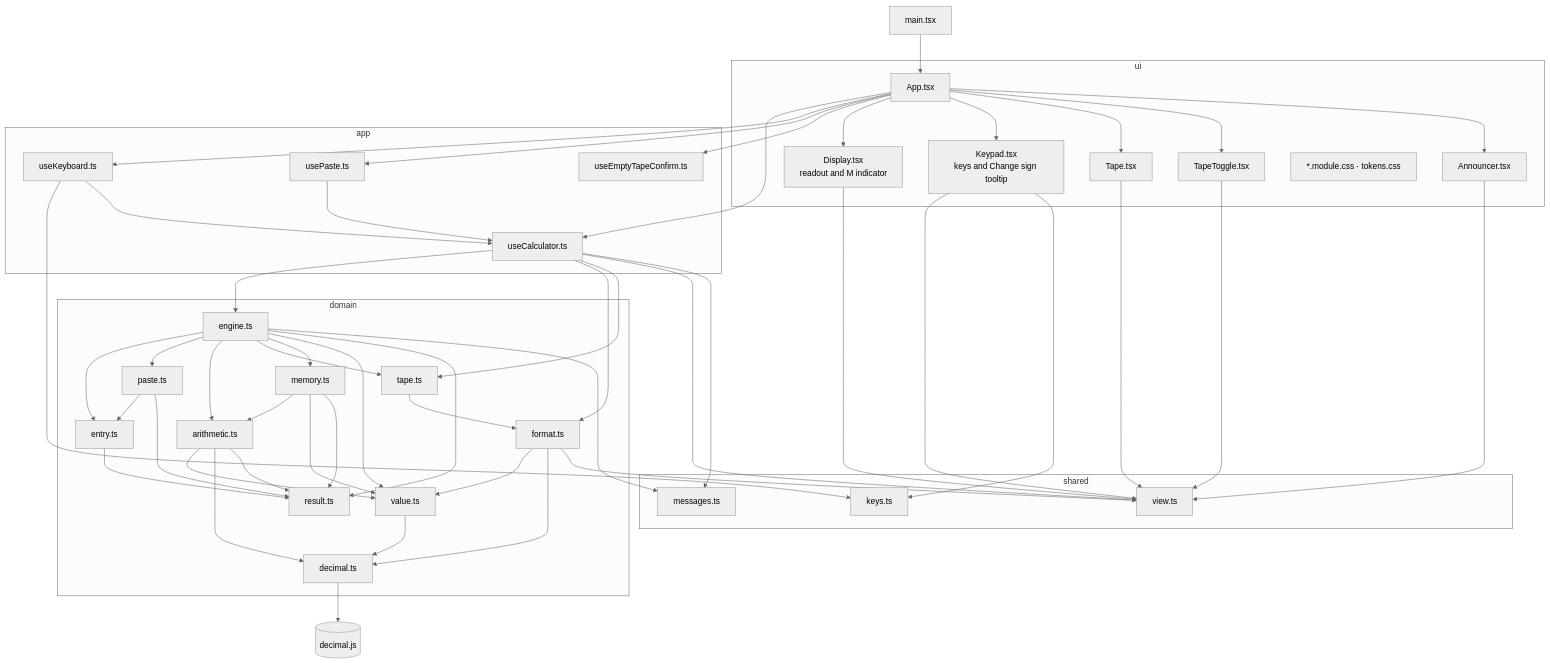
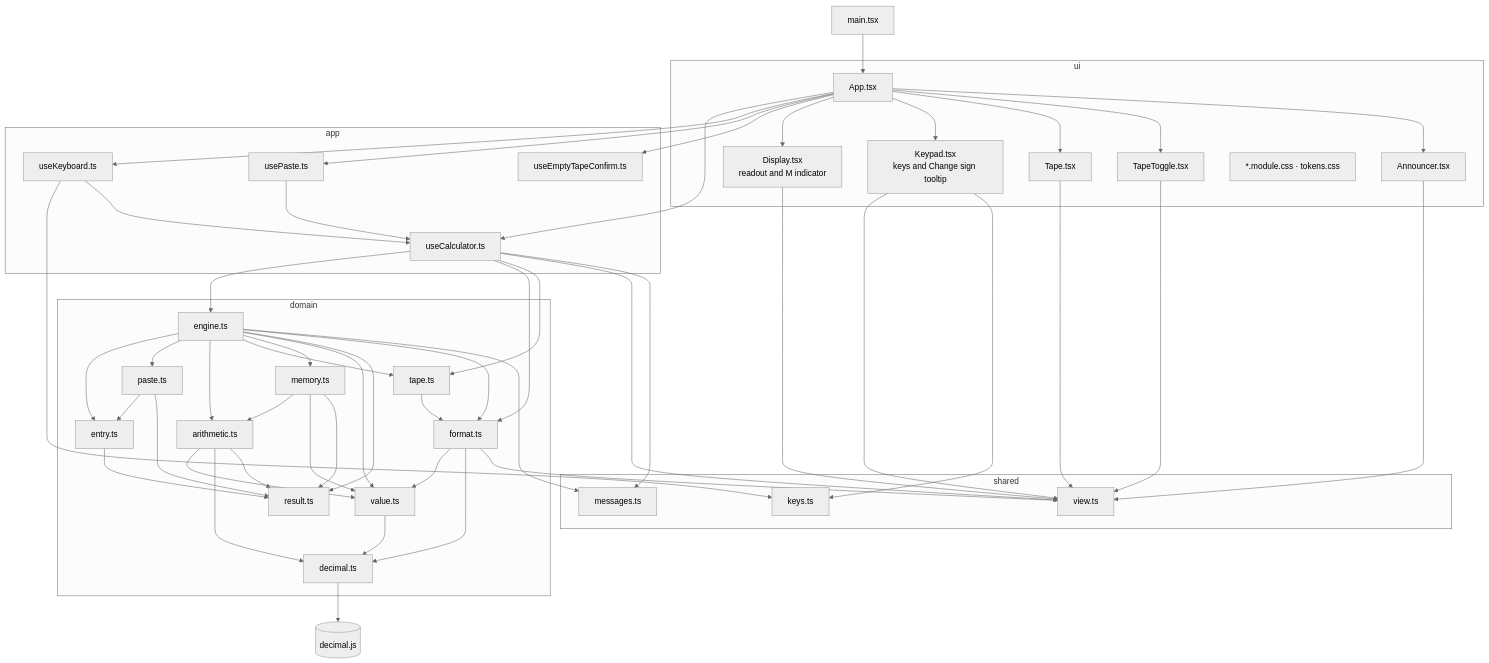
One commit to hassan-product/hassa-chaudry-calculator changed the second of 3 diagrams in docs/architecture.md. Above: the diagram before and after it, drawn with Mermaid (neutral theme). The commit also changed other lines of this file and 2 other files, not shown here.

First line of the commit message:
Move the tape into the engine state

````diff
--- a/docs/architecture.md
+++ b/docs/architecture.md
@@ -100,67 +100,68 @@
 ```mermaid
 flowchart TB
     main["main.tsx"]
 
     subgraph ui["ui"]
         App["App.tsx"]
         Display["Display.tsx<br/>readout and M indicator"]
         Keypad["Keypad.tsx<br/>keys and Change sign tooltip"]
         Tape["Tape.tsx"]
         TapeToggle["TapeToggle.tsx"]
         Announcer["Announcer.tsx"]
         css["*.module.css · tokens.css"]
     end
 
     subgraph app["app"]
         useCalculator["useCalculator.ts"]
         useKeyboard["useKeyboard.ts"]
         usePaste["usePaste.ts"]
         useEmptyTape["useEmptyTapeConfirm.ts"]
     end
 
     subgraph domain["domain"]
         engine["engine.ts"]
         entry["entry.ts"]
         paste["paste.ts"]
         arithmetic["arithmetic.ts"]
         format["format.ts"]
         tape["tape.ts"]
         memory["memory.ts"]
         value["value.ts"]
         result["result.ts"]
         decimal["decimal.ts"]
     end
 
     subgraph shared["shared"]
         messages["messages.ts"]
         view["view.ts"]
         keys["keys.ts"]
     end
 
     decimaljs[("decimal.js")]
 
     main --> App
     App --> useCalculator & useKeyboard & usePaste & useEmptyTape
     App --> Display & Keypad & Tape & TapeToggle & Announcer
     Display & Keypad & Tape & TapeToggle & Announcer --> view
     Keypad --> keys
 
     useCalculator --> engine & format & tape
     useKeyboard --> keys
     usePaste --> useCalculator
     useKeyboard --> useCalculator
     useCalculator --> view & messages
 
     engine --> entry & paste & arithmetic & tape & memory & value & result
     memory --> arithmetic & value & result
     paste --> entry
     arithmetic --> value & decimal & result
     format --> value & decimal
+    engine --> format
     tape --> format
     value --> decimal
     entry --> result
     paste --> result
     decimal --> decimaljs
     engine --> messages
     format --> view
 ```
````
